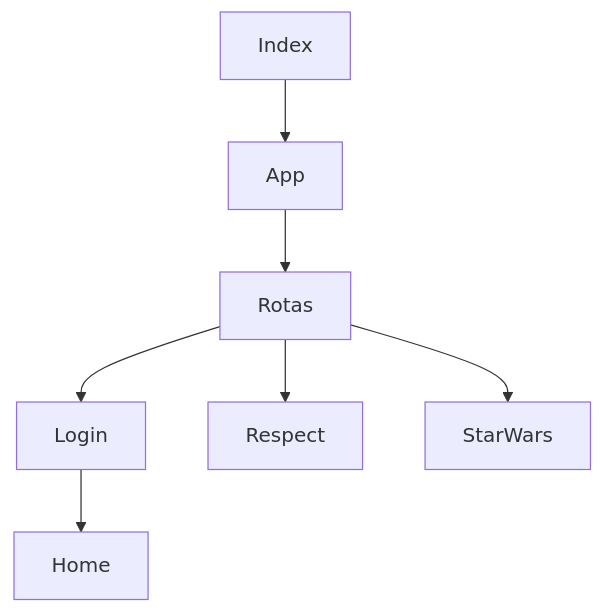
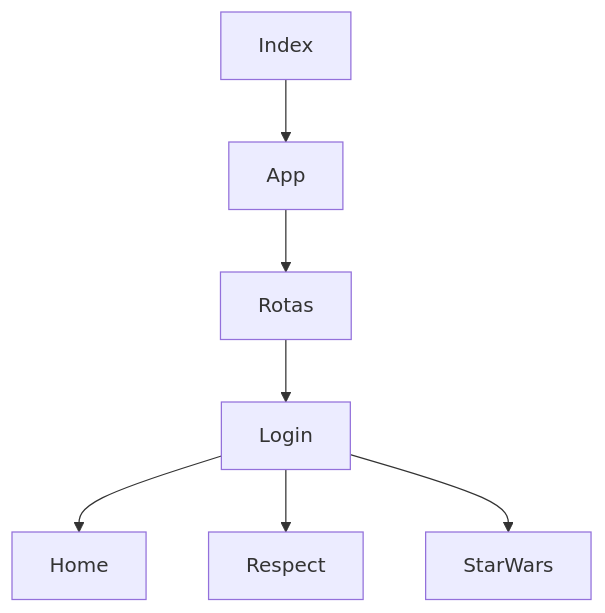
The diagram in README.md (MQ-J/ReactMobile), drawn with Mermaid before and after one commit.

Commit message:
att README's flow chart

````diff
--- a/README.md
+++ b/README.md
@@ -15,9 +15,9 @@
 ```mermaid
 graph TD;
     Index-->App;
     App-->Rotas;
     Rotas-->Login;
     Login-->Home;
-    Rotas-->Respect;
-    Rotas-->StarWars;
+    Login-->Respect;
+    Login-->StarWars;
 ```
````
